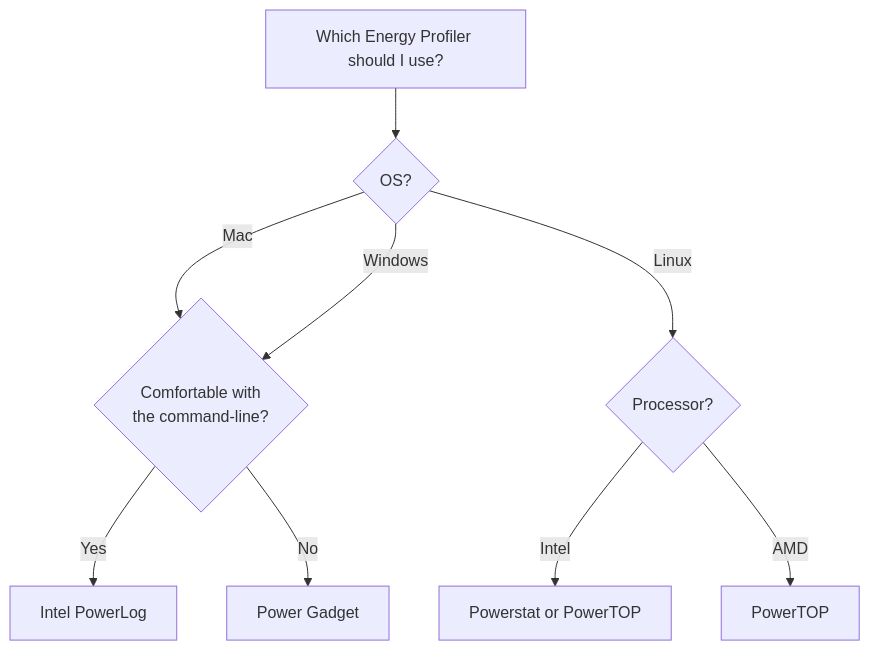
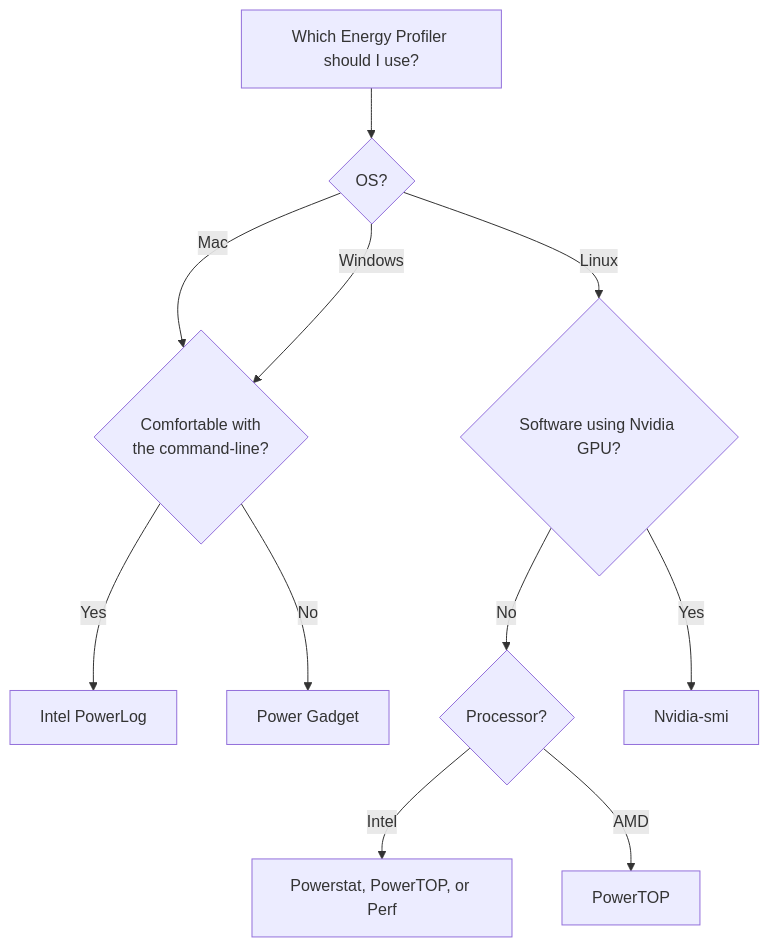
Before and after one commit to luiscruz/luiscruz.github.io: the diagram in _posts/2021-07-20-measuring-energy.md, drawn with Mermaid. The commit also changed other lines of this file, not shown here.

Commit message:
Add perf and nvidia-smi to blog post

```diff
--- a/_posts/2021-07-20-measuring-energy.md
+++ b/_posts/2021-07-20-measuring-energy.md
@@ -233,11 +356,13 @@
 <div class="mermaid">
 graph TD
 A[Which Energy Profiler should I use?] --> C{OS?}
 C -->|Mac| D{Comfortable with<br/> the command-line?}
 D -->|Yes| DY[Intel PowerLog]
 D -->|No| DN[Power Gadget]
-C -->|Linux| E{Processor?}
-E -->|Intel| F[Powerstat or PowerTOP]
+C -->|Linux| CA{Software using Nvidia GPU?}
+CA -->|No| E{Processor?}
+E -->|Intel| F[Powerstat, PowerTOP, or Perf]
 E -->|AMD| PowerTOP
+CA -->|Yes| Nvidia-smi
 C -->|Windows| D
 </div>
```
